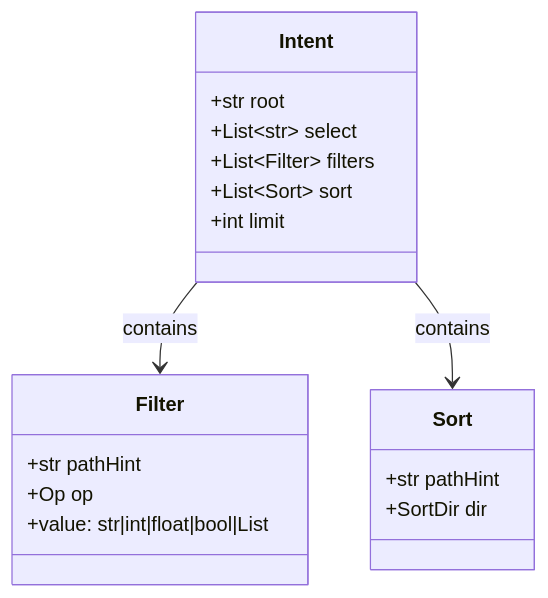
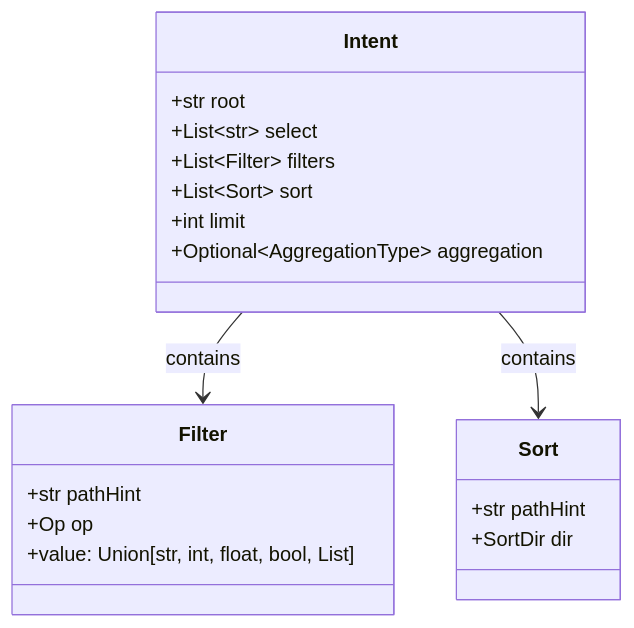
Before and after one commit to Danilka-Akarawita/naturallanguage_to_mongoDB_query: the third of 7 diagrams in docs/architecture_diagrams.md, drawn with Mermaid. The commit also changed other lines of this file, not shown here.

Commit message:
modified the archtecture diagram

````diff
--- a/docs/architecture_diagrams.md
+++ b/docs/architecture_diagrams.md
@@ -86,24 +90,25 @@
 ```mermaid
 classDiagram
     class Intent {
         +str root
         +List~str~ select
         +List~Filter~ filters
         +List~Sort~ sort
         +int limit
+        +Optional~AggregationType~ aggregation
     }
     
     class Filter {
         +str pathHint
         +Op op
-        +value: str|int|float|bool|List
+        +value: Union[str, int, float, bool, List]
     }
     
     class Sort {
         +str pathHint
         +SortDir dir
     }
     
     Intent --> Filter : contains
     Intent --> Sort : contains
 ```
````
